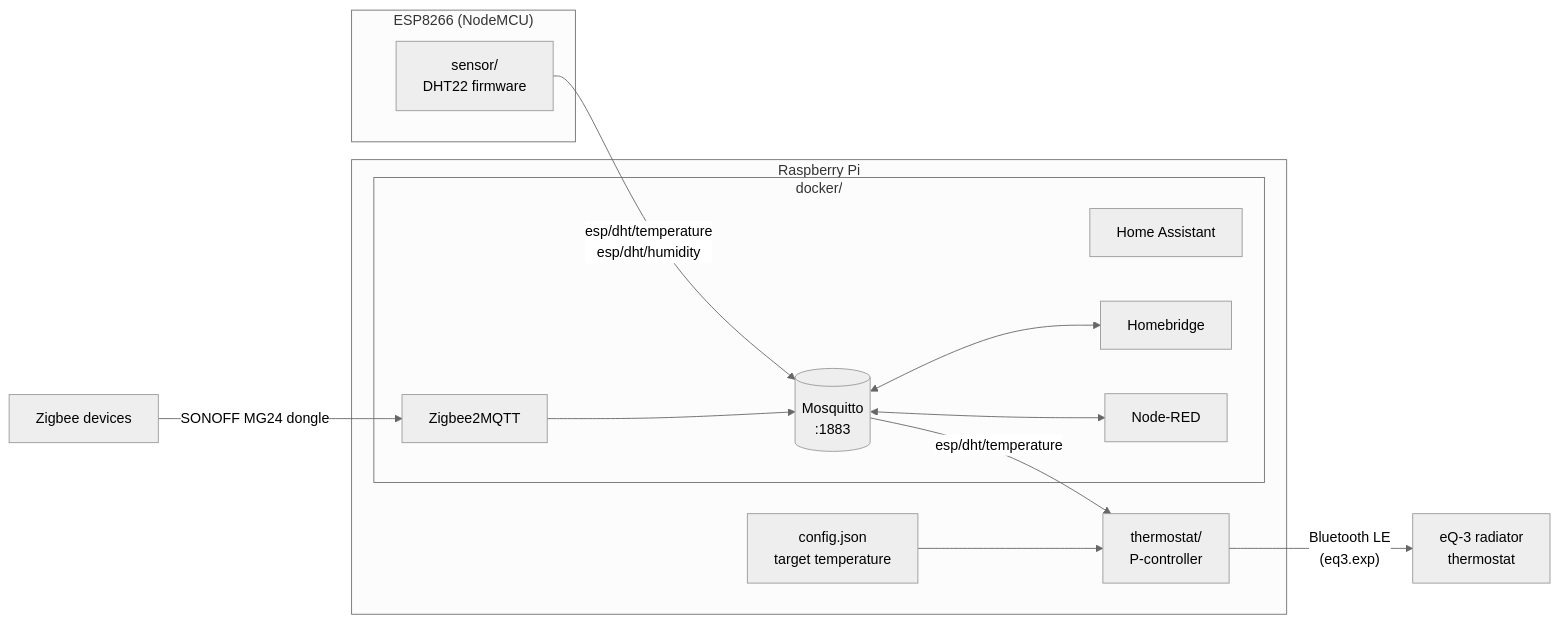
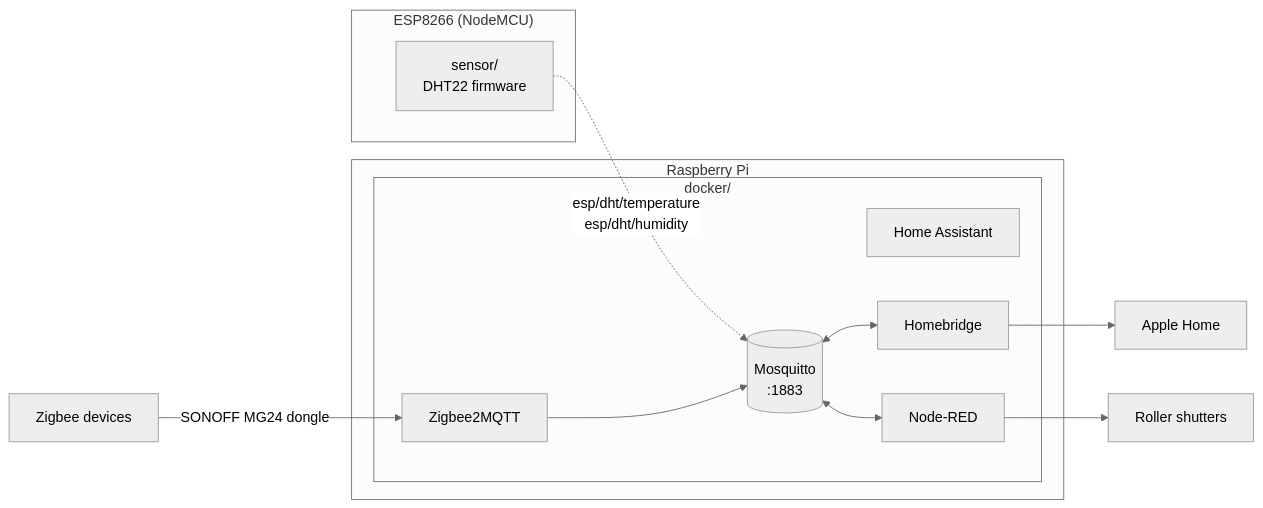
The diagram in README.md (yuran-liang/smart-home), drawn with Mermaid (neutral theme) before and after one commit. The commit also changed other lines of this file and 8 other files, not shown here.

First line of the commit message:
Remove the radiator thermostat controller

````diff
--- a/README.md
+++ b/README.md
@@ -10,30 +9,28 @@
 ```mermaid
 flowchart LR
     subgraph ESP["ESP8266 (NodeMCU)"]
         S["sensor/<br/>DHT22 firmware"]
     end
 
     subgraph PI["Raspberry Pi"]
-        T["thermostat/<br/>P-controller"]
-        C["config.json<br/>target temperature"]
         subgraph D["docker/"]
             B[("Mosquitto<br/>:1883")]
             HA["Home Assistant"]
             Z["Zigbee2MQTT"]
             HB["Homebridge"]
             NR["Node-RED"]
         end
     end
 
-    V["eQ-3 radiator<br/>thermostat"]
     ZD["Zigbee devices"]
+    R["Roller shutters"]
+    AH["Apple Home"]
 
-    S -- "esp/dht/temperature<br/>esp/dht/humidity" --> B
-    B -- "esp/dht/temperature" --> T
-    C --> T
-    T -- "Bluetooth LE<br/>(eq3.exp)" --> V
+    S -. "esp/dht/temperature<br/>esp/dht/humidity" .-> B
     ZD -- "SONOFF MG24 dongle" --> Z
     Z --> B
     B <--> HB
     B <--> NR
+    NR --> R
+    HB --> AH
 ```
````
